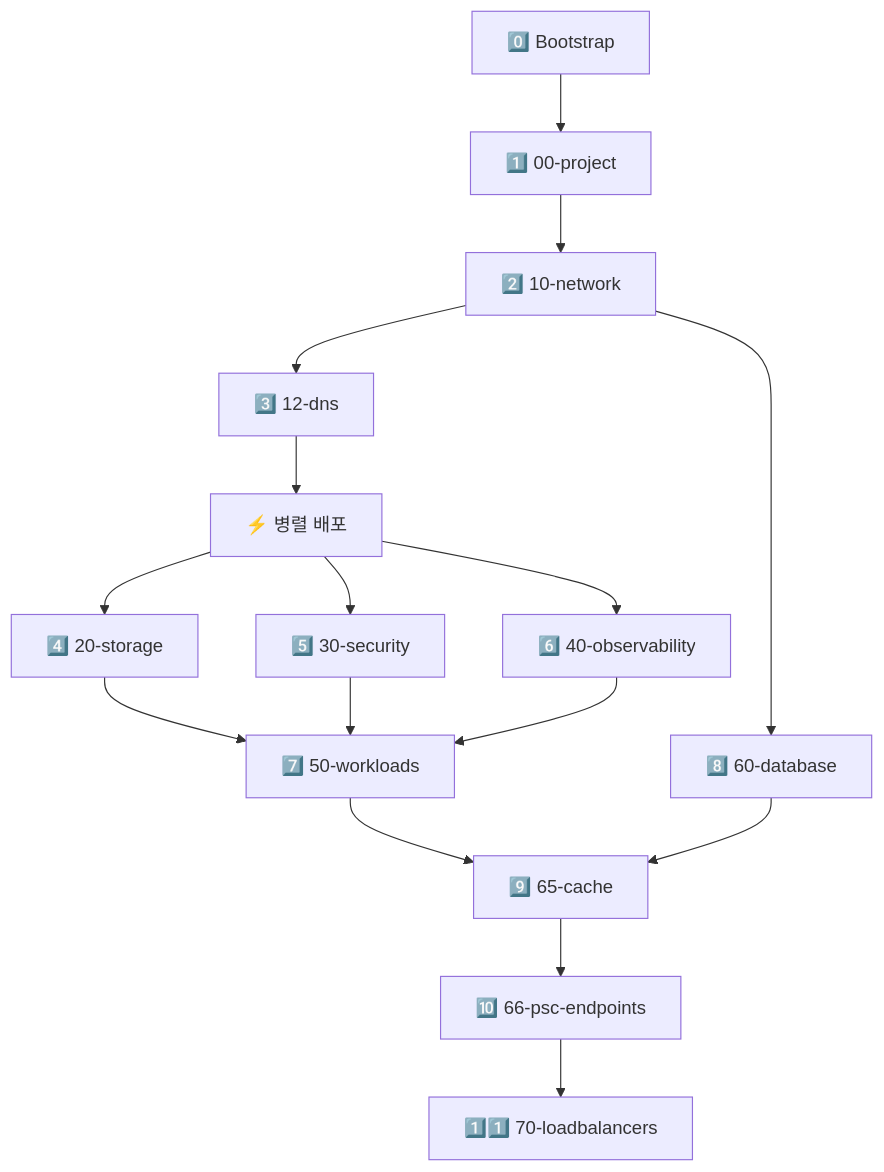
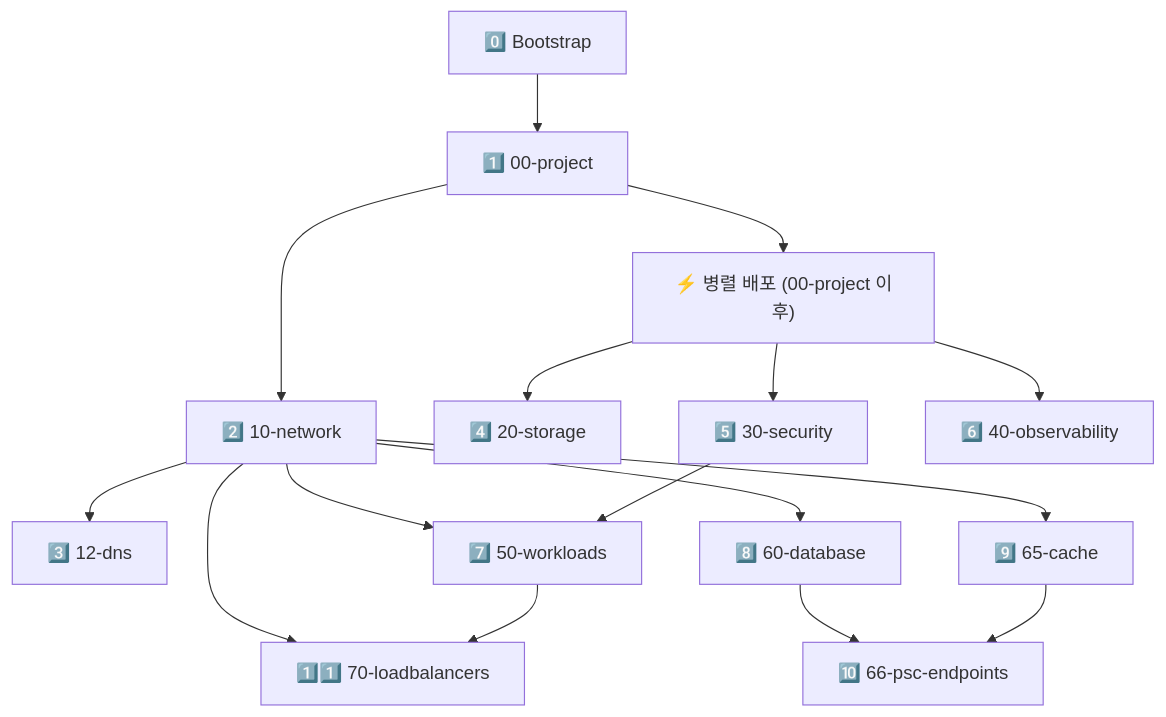
Before and after one commit to JSJ2337/GCP_terraform_code: the third of 9 diagrams in terraform_gcp_infra/docs/architecture/diagrams.md, drawn with Mermaid. The commit also changed other lines of this file and 1 other file, not shown here.

````diff
--- a/terraform_gcp_infra/docs/architecture/diagrams.md
+++ b/terraform_gcp_infra/docs/architecture/diagrams.md
@@ -99,17 +99,17 @@
 ```mermaid
 flowchart TD
     B["0️⃣ Bootstrap"] --> P["1️⃣ 00-project"]
     P --> N["2️⃣ 10-network"]
     N --> DNS["3️⃣ 12-dns"]
 
-    DNS --> PARA["⚡ 병렬 배포"]
+    P --> PARA["⚡ 병렬 배포 (00-project 이후)"]
     PARA --> S["4️⃣ 20-storage"]
     PARA --> SEC["5️⃣ 30-security"]
     PARA --> OBS["6️⃣ 40-observability"]
 
-    S & SEC & OBS --> W["7️⃣ 50-workloads"]
+    N & SEC --> W["7️⃣ 50-workloads"]
     N --> DB["8️⃣ 60-database"]
-    W & DB --> C["9️⃣ 65-cache"]
-    C --> PSC["🔟 66-psc-endpoints"]
-    PSC --> LB["1️⃣1️⃣ 70-loadbalancers"]
+    N --> C["9️⃣ 65-cache"]
+    DB & C --> PSC["🔟 66-psc-endpoints"]
+    N & W --> LB["1️⃣1️⃣ 70-loadbalancers"]
 ```
````
